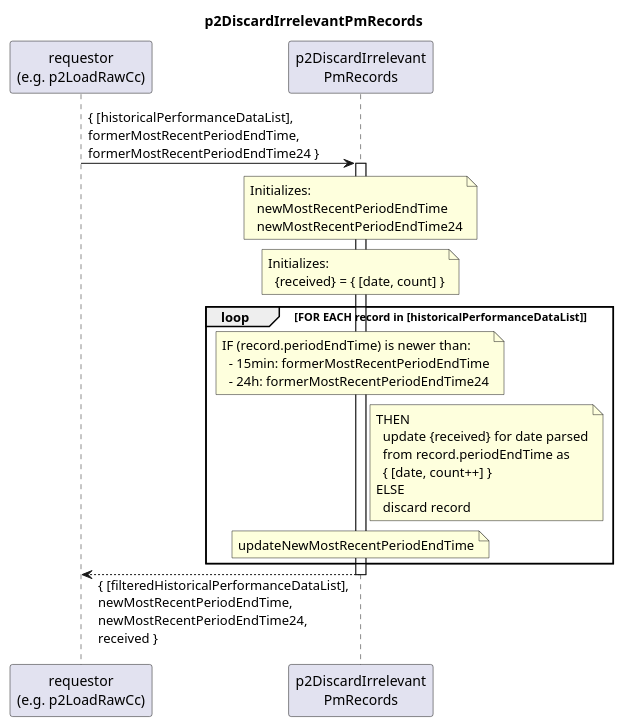
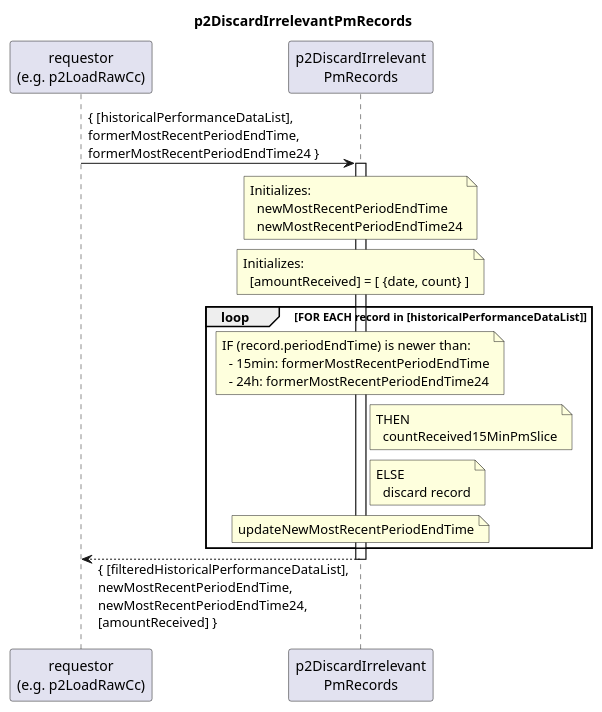
The diagram in spec/Functions/p1StreamPmData/p2ProcessDevice/p2LoadRawCc/p2DiscardIrrelevantPmRecords/1.0.0/p2DiscardIrrelevantPmRecords.plantuml (openBackhaul/DevicePerformanceManagementDataProcessor), drawn with PlantUML before and after one commit. The commit also changed 40 other files, not shown here.

```diff
--- a/spec/Functions/p1StreamPmData/p2ProcessDevice/p2LoadRawCc/p2DiscardIrrelevantPmRecords/1.0.0/p2DiscardIrrelevantPmRecords.plantuml
+++ b/spec/Functions/p1StreamPmData/p2ProcessDevice/p2LoadRawCc/p2DiscardIrrelevantPmRecords/1.0.0/p2DiscardIrrelevantPmRecords.plantuml
@@ -1,52 +1,52 @@
 @startuml p2DiscardIrrelevantPmRecords
 skinparam responseMessageBelowArrow true
 
 title
   p2DiscardIrrelevantPmRecords
 end title
 
 participant "requestor\n(e.g. p2LoadRawCc)" as requestor
 participant "p2DiscardIrrelevant\nPmRecords" as cur
 
 
 requestor -> cur: { [historicalPerformanceDataList],\nformerMostRecentPeriodEndTime,\nformerMostRecentPeriodEndTime24 }
 
 activate cur
 
   note over cur
     Initializes:
       newMostRecentPeriodEndTime
       newMostRecentPeriodEndTime24
   end note
   note over cur
     Initializes:
-      {received} = { [date, count] }
+      [amountReceived] = [ {date, count} ]
   end note
 
   loop FOR EACH record in [historicalPerformanceDataList]
 
     note over cur
       IF (record.periodEndTime) is newer than:
         - 15min: formerMostRecentPeriodEndTime
         - 24h: formerMostRecentPeriodEndTime24
     end note
     note right cur
       THEN
-        update {received} for date parsed
-        from record.periodEndTime as
-        { [date, count++] }
+        countReceived15MinPmSlice
+    end note
+    note right cur
       ELSE
         discard record
     end note
 
     note over cur
       updateNewMostRecentPeriodEndTime
     end note
 
   end loop
 
-requestor <-- cur: { [filteredHistoricalPerformanceDataList],\nnewMostRecentPeriodEndTime,\nnewMostRecentPeriodEndTime24,\nreceived }
+requestor <-- cur: { [filteredHistoricalPerformanceDataList],\nnewMostRecentPeriodEndTime,\nnewMostRecentPeriodEndTime24,\n[amountReceived] }
 
 deactivate cur
 
 @enduml
```
